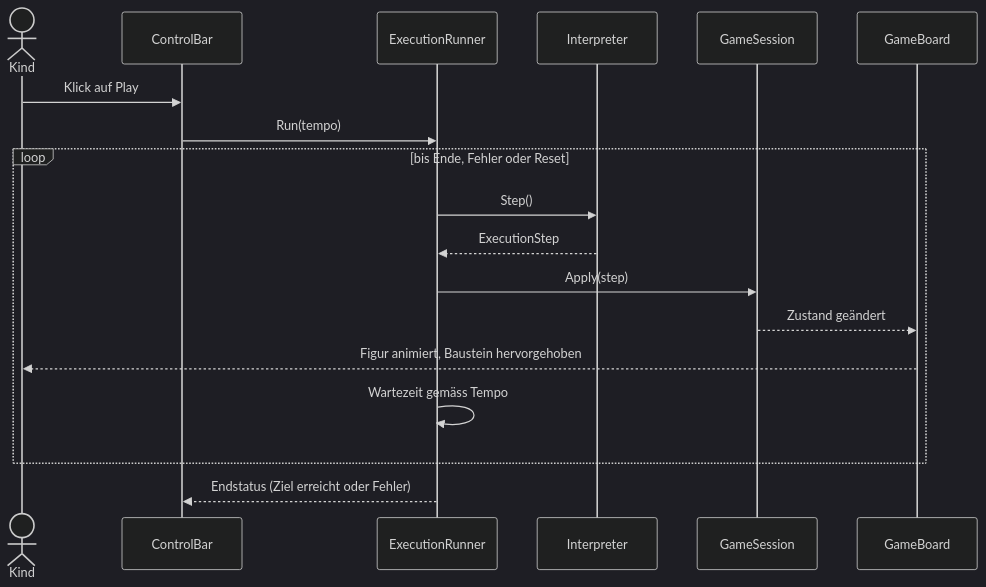
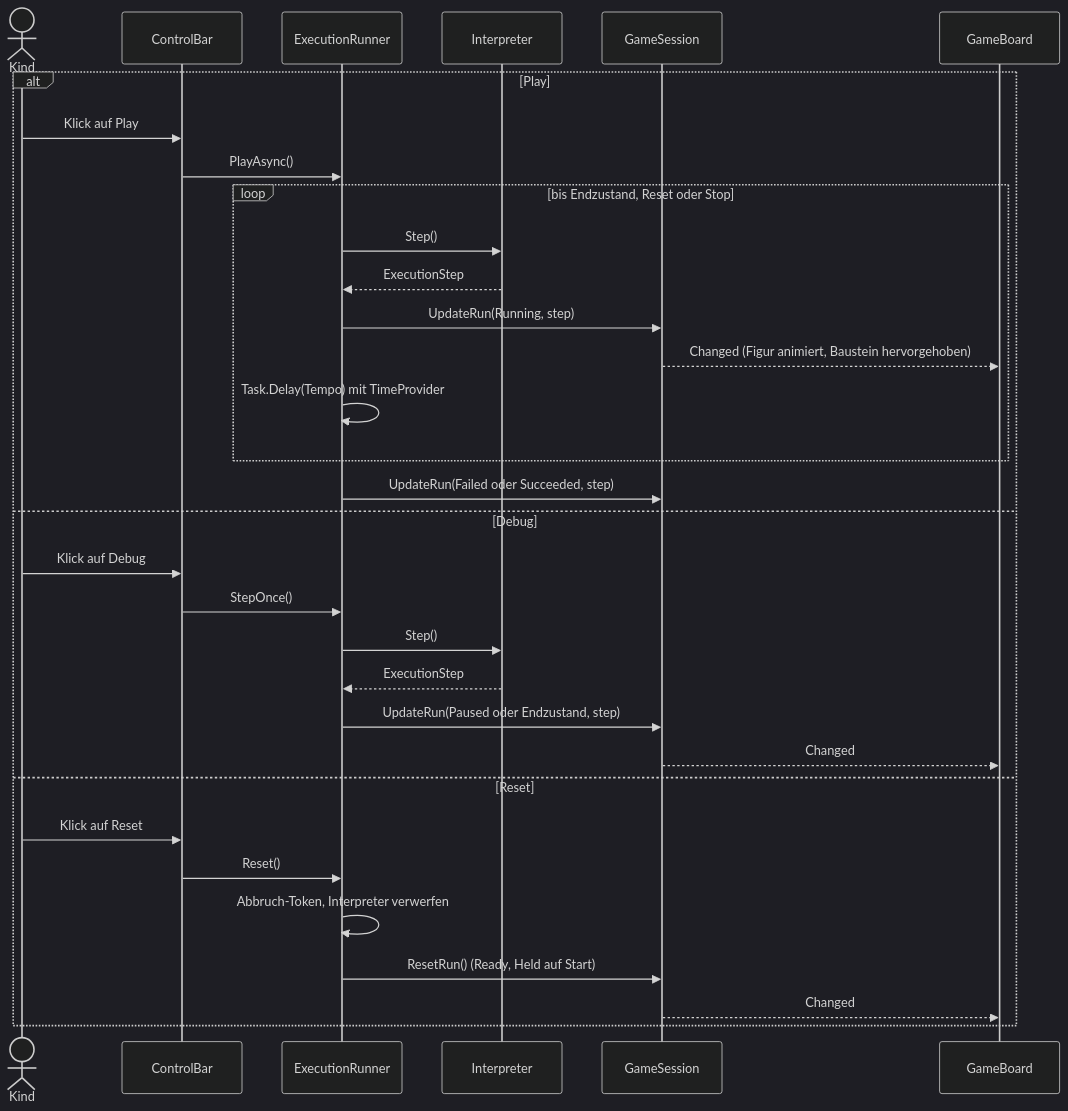
The fifth of 6 diagrams in docs/Architektur C4.md (ramonafrick/HeroPath), drawn with Mermaid (dark theme) before and after one commit. The commit also changed other lines of this file and 4 other files, not shown here.

````diff
--- a/docs/Architektur C4.md
+++ b/docs/Architektur C4.md
@@ -312,20 +337,34 @@
 ```mermaid
 sequenceDiagram
   actor Kind
   participant Controls as ControlBar
   participant Runner as ExecutionRunner
   participant Interp as Interpreter
   participant Session as GameSession
   participant Board as GameBoard
-  Kind->>Controls: Klick auf Play
-  Controls->>Runner: Run(tempo)
-  loop bis Ende, Fehler oder Reset
+  alt Play
+    Kind->>Controls: Klick auf Play
+    Controls->>Runner: PlayAsync()
+    loop bis Endzustand, Reset oder Stop
+      Runner->>Interp: Step()
+      Interp-->>Runner: ExecutionStep
+      Runner->>Session: UpdateRun(Running, step)
+      Session-->>Board: Changed (Figur animiert, Baustein hervorgehoben)
+      Runner->>Runner: Task.Delay(Tempo) mit TimeProvider
+    end
+    Runner->>Session: UpdateRun(Failed oder Succeeded, step)
+  else Debug
+    Kind->>Controls: Klick auf Debug
+    Controls->>Runner: StepOnce()
     Runner->>Interp: Step()
     Interp-->>Runner: ExecutionStep
-    Runner->>Session: Apply(step)
-    Session-->>Board: Zustand geändert
-    Board-->>Kind: Figur animiert, Baustein hervorgehoben
-    Runner->>Runner: Wartezeit gemäss Tempo
+    Runner->>Session: UpdateRun(Paused oder Endzustand, step)
+    Session-->>Board: Changed
+  else Reset
+    Kind->>Controls: Klick auf Reset
+    Controls->>Runner: Reset()
+    Runner->>Runner: Abbruch-Token, Interpreter verwerfen
+    Runner->>Session: ResetRun() (Ready, Held auf Start)
+    Session-->>Board: Changed
   end
-  Runner-->>Controls: Endstatus (Ziel erreicht oder Fehler)
 ```
````
